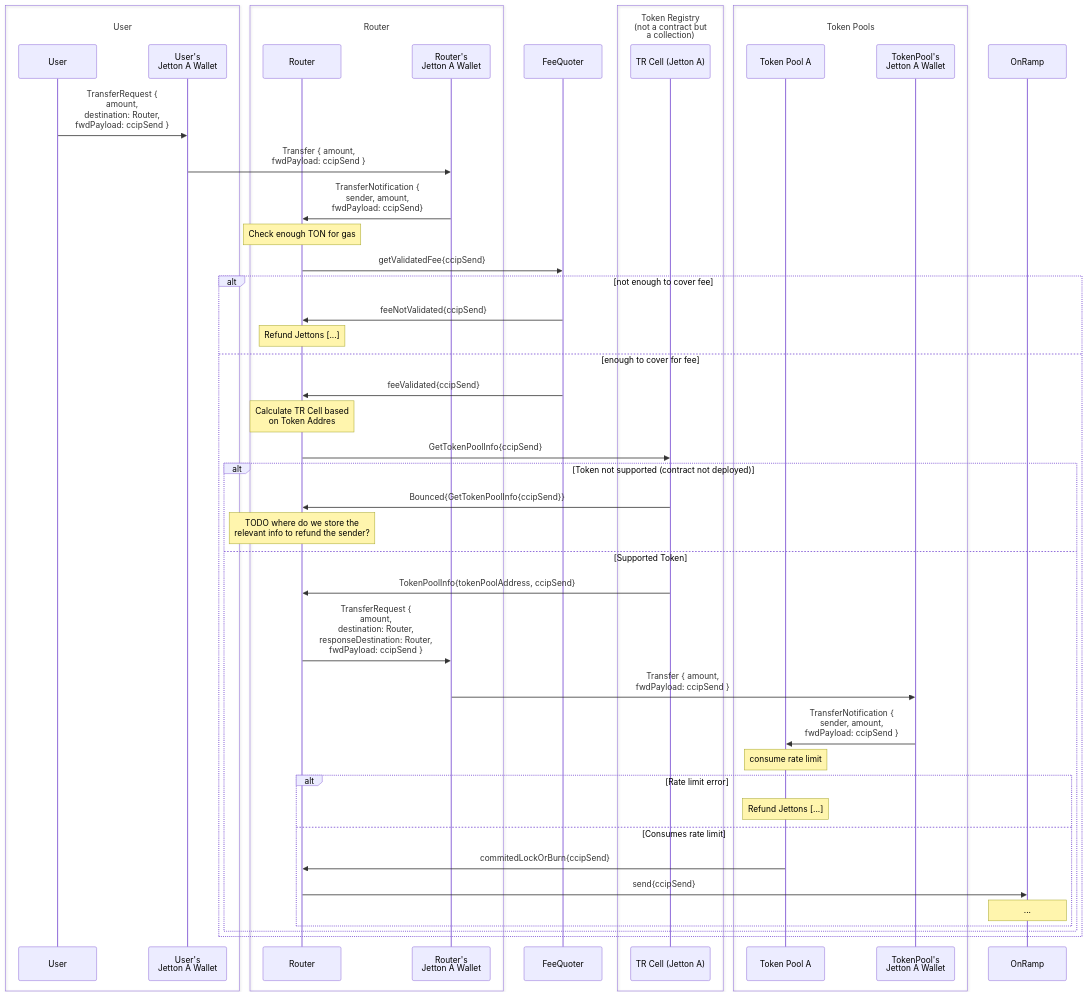
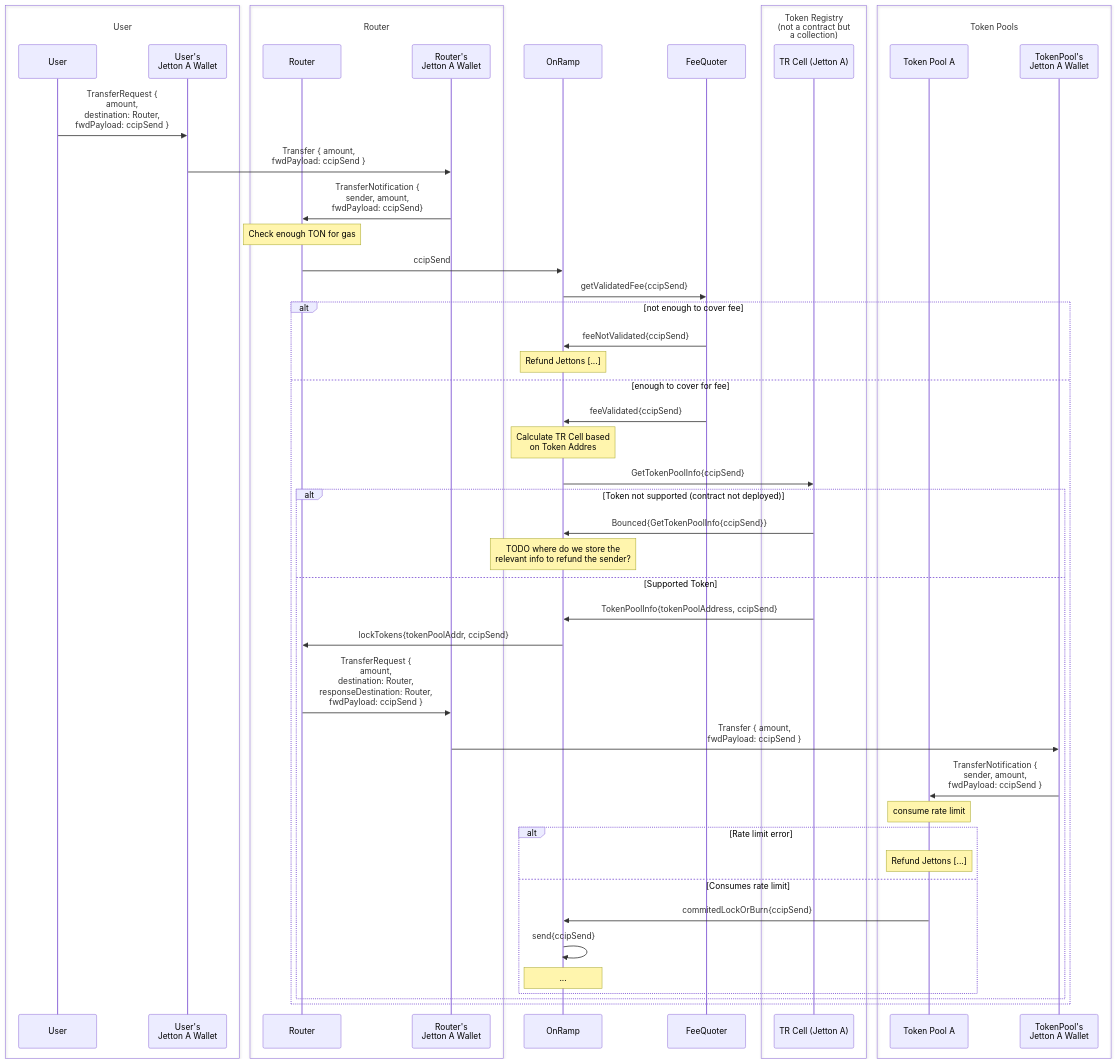
Before and after one commit to smartcontractkit/chainlink-ton: the diagram in docs/contracts/flow.md, drawn with Mermaid.

Commit message:
fix: move logic to onramp

````diff
--- a/docs/contracts/flow.md
+++ b/docs/contracts/flow.md
@@ -7,68 +7,75 @@
 ```mermaid
 ---
 config:
   sequence:
     
 ---
 sequenceDiagram
     box User 
     participant U as User
     participant UJW as User's <br>Jetton A Wallet
     end
 
     box Router
     participant R as Router
     participant RJW as Router's <br>Jetton A Wallet
     end
 
+    participant OR as OnRamp
+
     participant FQ as FeeQuoter
 
     box Token Registry<br>(not a contract but<br>a collection)
     participant TRC as TR Cell (Jetton A)
     end
 
     box Token Pools
     participant TP as Token Pool A
     participant TPJW as TokenPool's <br>Jetton A Wallet
     end
 
     U ->> UJW: TransferRequest {<br>amount,<br>destination: Router,<br>fwdPayload: ccipSend }
     
     UJW ->> RJW: Transfer { amount,<br>fwdPayload: ccipSend }
     RJW ->> R: TransferNotification {<br>sender, amount,<br>fwdPayload: ccipSend}
     Note over R: Check enough TON for gas 
-    R ->> FQ: getValidatedFee{ccipSend}
+    R ->> OR: ccipSend
+
+    OR ->> FQ: getValidatedFee{ccipSend}
+
 
     alt not enough to cover fee
-    FQ ->> R: feeNotValidated{ccipSend}
-    Note over R: Refund Jettons [...]
+    FQ ->> OR: feeNotValidated{ccipSend}
+    Note over OR: Refund Jettons [...]
 
     else enough to cover for fee
-    FQ ->> R: feeValidated{ccipSend}
-    Note over R: Calculate TR Cell based<br>on Token Addres
+    FQ ->> OR: feeValidated{ccipSend}
+    Note over OR: Calculate TR Cell based<br>on Token Addres
 
-    R ->> TRC: GetTokenPoolInfo{ccipSend}
+    OR ->> TRC: GetTokenPoolInfo{ccipSend}
 
     alt Token not supported (contract not deployed)
-    TRC ->> R: Bounced{GetTokenPoolInfo{ccipSend}}
-    Note over R: TODO where do we store the<br>relevant info to refund the sender?
+    TRC ->> OR: Bounced{GetTokenPoolInfo{ccipSend}}
+    Note over OR: TODO where do we store the<br>relevant info to refund the sender?
     else Supported Token
-    TRC ->> R: TokenPoolInfo{tokenPoolAddress, ccipSend}
+
+    TRC ->> OR: TokenPoolInfo{tokenPoolAddress, ccipSend}
+
+    OR ->> R: lockTokens{tokenPoolAddr, ccipSend}
  
     R ->> RJW: TransferRequest {<br>amount,<br>destination: Router,<br>responseDestination: Router,<br>fwdPayload: ccipSend }
     
     RJW ->> TPJW: Transfer { amount,<br>fwdPayload: ccipSend }
     TPJW ->> TP: TransferNotification {<br>sender, amount,<br>fwdPayload: ccipSend }
-    participant OR as OnRamp
     Note over TP: consume rate limit
     alt Rate limit error
     Note over TP: Refund Jettons [...]
 
     else Consumes rate limit
-    TP ->> R: commitedLockOrBurn{ccipSend}
-    R ->> OR: send{ccipSend}
+    TP ->> OR: commitedLockOrBurn{ccipSend}
+    OR ->> OR: send{ccipSend}
     note over OR  : ...
     end
     end
     end
 ```
````
